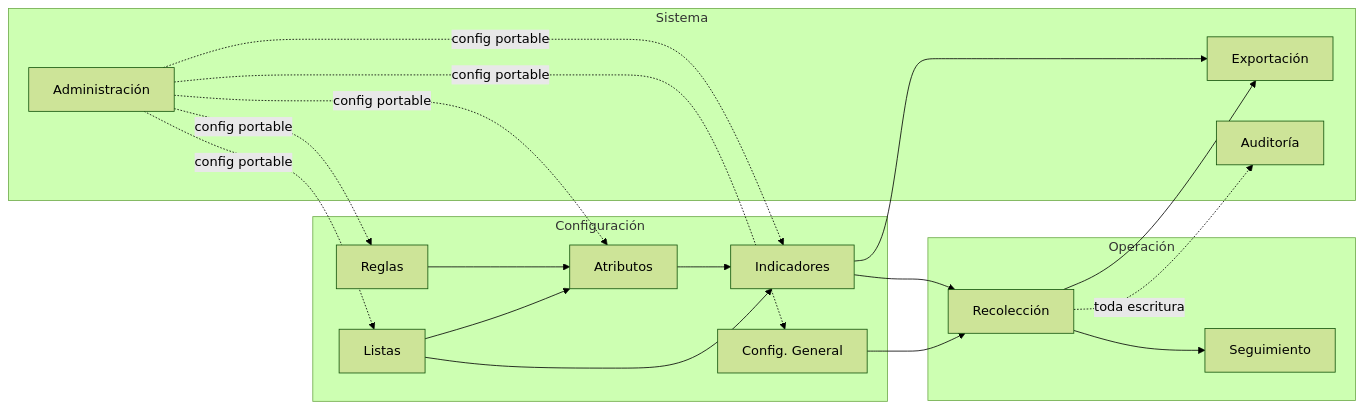
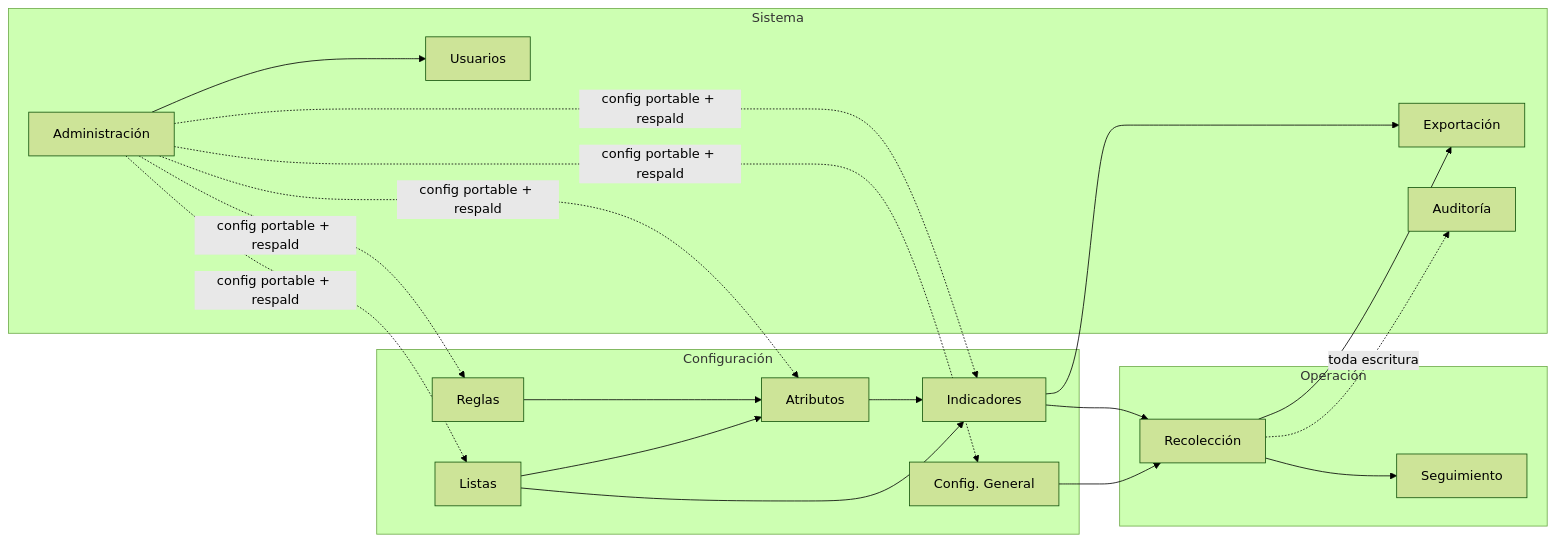
One commit to Juanfrank/KPITracker changed the second of 3 diagrams in docs/01-arquitectura.md. Above: the diagram before and after it, drawn with Mermaid (forest theme). The commit also changed other lines of this file and 16 other files, not shown here.

````diff
--- a/docs/01-arquitectura.md
+++ b/docs/01-arquitectura.md
@@ -67,30 +67,32 @@
 ```mermaid
 graph LR
     subgraph Operación
         SEG[Seguimiento]
         REC[Recolección]
     end
     subgraph Configuración
         IND[Indicadores]
         ATR[Atributos]
         LIS[Listas]
         REG[Reglas]
         GEN[Config. General]
     end
     subgraph Sistema
         EXPO[Exportación]
         AUD[Auditoría]
         ADM[Administración]
+        USR[Usuarios]
     end
     LIS --> IND
     LIS --> ATR
     ATR --> IND
     REG --> ATR
     GEN --> REC
     IND --> REC
     REC --> SEG
     REC --> EXPO
     IND --> EXPO
-    ADM -.config portable.-> IND & ATR & LIS & REG & GEN
+    ADM -.config portable + respaldo.-> IND & ATR & LIS & REG & GEN
+    ADM --> USR
     REC -.toda escritura.-> AUD
 ```
````
